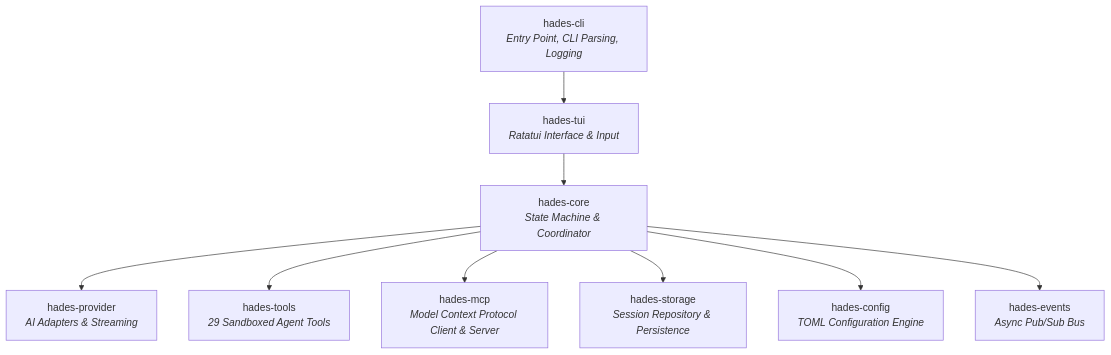
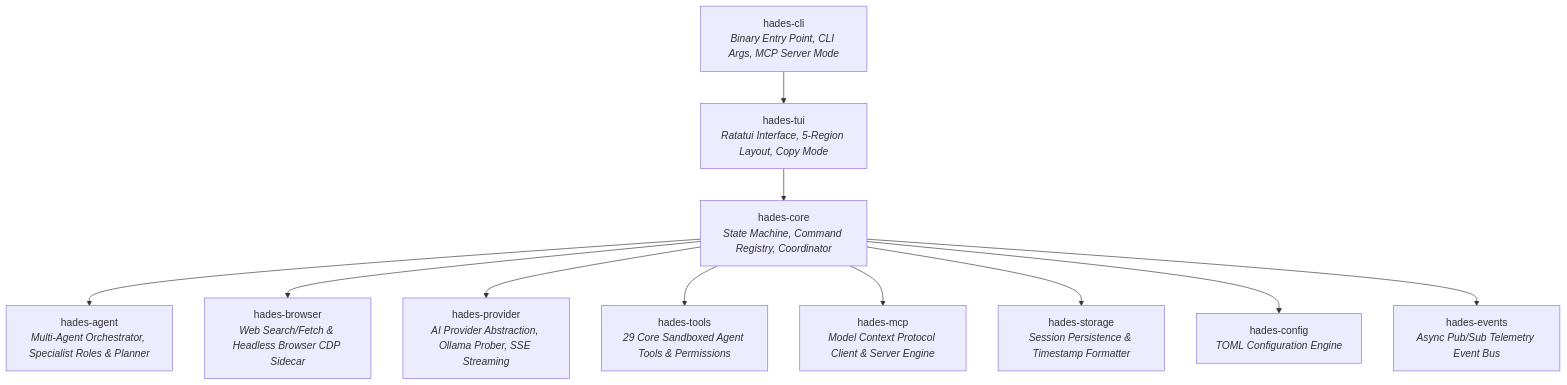
Before and after one commit to PareekshithPalat/HADES_CLI: the diagram in README.md, drawn with Mermaid. The commit also changed other lines of this file and 5 other files, not shown here.

Commit message:
docs: revamp README with npm package installation, modern architecture & full capability catalog

````diff
--- a/README.md
+++ b/README.md
@@ -81,11 +376,13 @@
 ```mermaid
 graph TD
-    CLI[hades-cli<br/><i>Entry Point, CLI Parsing, Logging</i>] --> TUI[hades-tui<br/><i>Ratatui Interface & Input</i>]
-    TUI --> CORE[hades-core<br/><i>State Machine & Coordinator</i>]
-    CORE --> PROVIDER[hades-provider<br/><i>AI Adapters & Streaming</i>]
-    CORE --> TOOLS[hades-tools<br/><i>29 Sandboxed Agent Tools</i>]
-    CORE --> MCP[hades-mcp<br/><i>Model Context Protocol Client & Server</i>]
-    CORE --> STORAGE[hades-storage<br/><i>Session Repository & Persistence</i>]
+    CLI[hades-cli<br/><i>Binary Entry Point, CLI Args, MCP Server Mode</i>] --> TUI[hades-tui<br/><i>Ratatui Interface, 5-Region Layout, Copy Mode</i>]
+    TUI --> CORE[hades-core<br/><i>State Machine, Command Registry, Coordinator</i>]
+    CORE --> AGENT[hades-agent<br/><i>Multi-Agent Orchestrator, Specialist Roles & Planner</i>]
+    CORE --> BROWSER[hades-browser<br/><i>Web Search/Fetch & Headless Browser CDP Sidecar</i>]
+    CORE --> PROVIDER[hades-provider<br/><i>AI Provider Abstraction, Ollama Prober, SSE Streaming</i>]
+    CORE --> TOOLS[hades-tools<br/><i>29 Core Sandboxed Agent Tools & Permissions</i>]
+    CORE --> MCP[hades-mcp<br/><i>Model Context Protocol Client & Server Engine</i>]
+    CORE --> STORAGE[hades-storage<br/><i>Session Persistence & Timestamp Formatter</i>]
     CORE --> CONFIG[hades-config<br/><i>TOML Configuration Engine</i>]
-    CORE --> EVENTS[hades-events<br/><i>Async Pub/Sub Bus</i>]
+    CORE --> EVENTS[hades-events<br/><i>Async Pub/Sub Telemetry Event Bus</i>]
 ```
````
